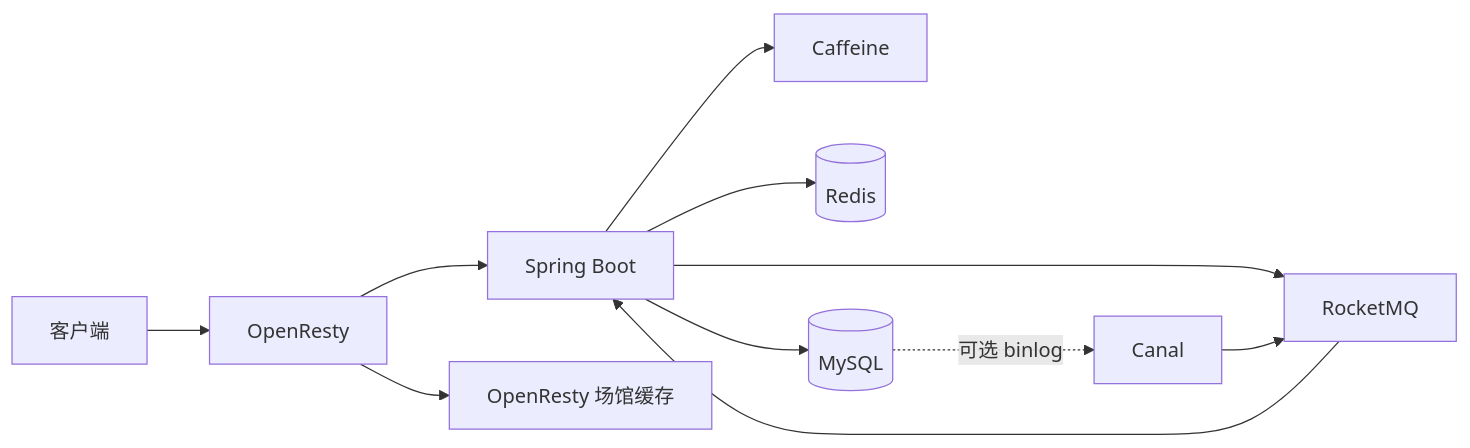
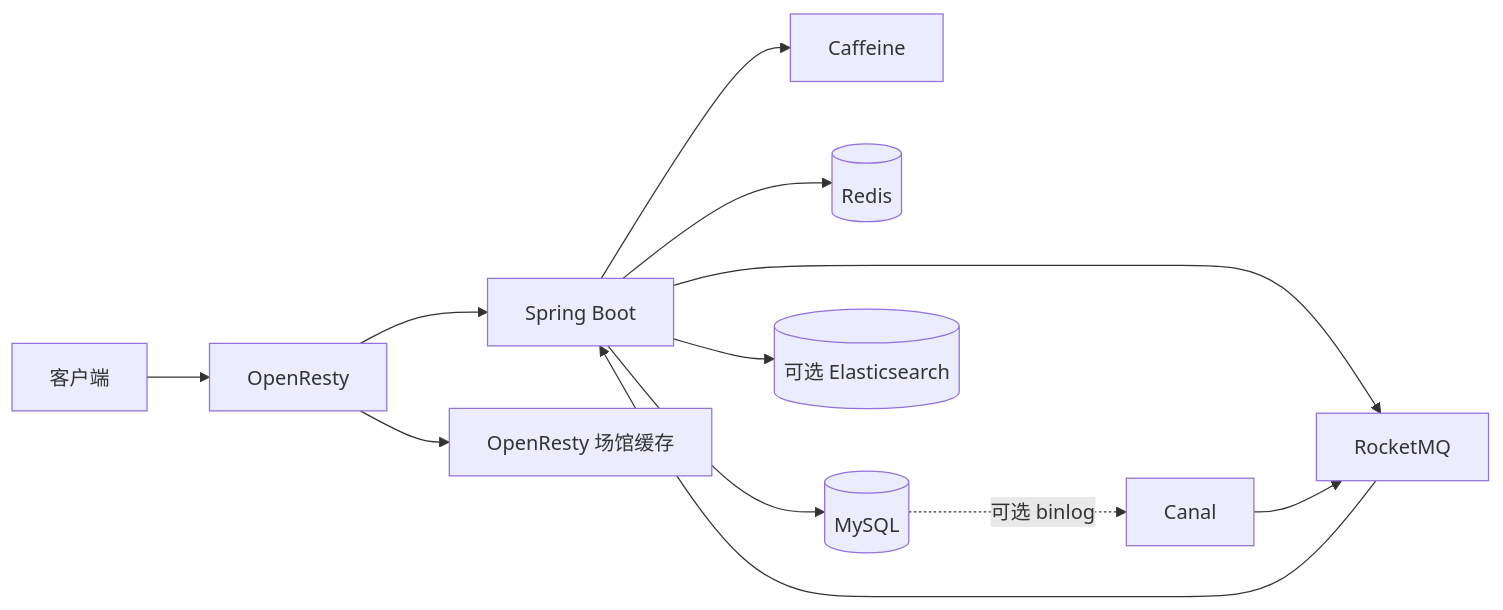
One commit to SyH-101/citypass-platform changed the diagram in README.md. Above: the diagram before and after it, drawn with Mermaid. The commit also changed other lines of this file and 54 other files, not shown here.

````diff
--- a/README.md
+++ b/README.md
@@ -19,13 +20,14 @@
 ```mermaid
 flowchart LR
     Client[客户端] --> Gateway[OpenResty]
     Gateway --> App[Spring Boot]
     Gateway --> L0[OpenResty 场馆缓存]
     App --> L1[Caffeine]
     App --> Redis[(Redis)]
     App --> MQ[RocketMQ]
     MQ --> App
     App --> DB[(MySQL)]
+    App --> ES[(可选 Elasticsearch)]
     DB -. 可选 binlog .-> Canal[Canal]
     Canal --> MQ
 ```
````
